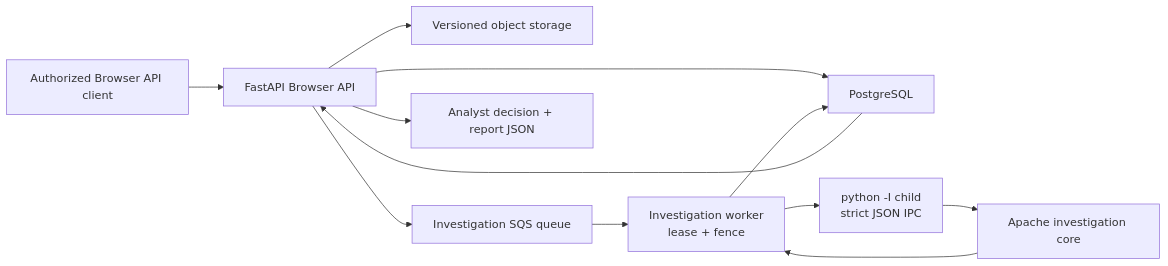
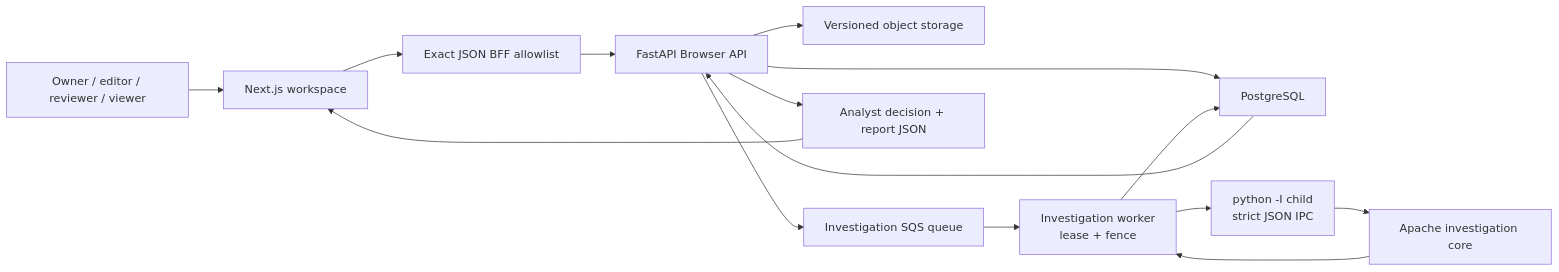
Before and after one commit to AndriiArtemenko3/instadescribe: the diagram in docs/investigation-architecture.md, drawn with Mermaid. The commit also changed other lines of this file and 47 other files, not shown here.

````diff
--- a/docs/investigation-architecture.md
+++ b/docs/investigation-architecture.md
@@ -18,14 +19,17 @@
 ```mermaid
 flowchart LR
-    CLIENT["Authorized Browser API client"] --> API["FastAPI Browser API"]
+    ANALYST["Owner / editor / reviewer / viewer"] --> NEXT["Next.js workspace"]
+    NEXT --> BFF["Exact JSON BFF allowlist"]
+    BFF --> API["FastAPI Browser API"]
     API --> PG["PostgreSQL"]
     API --> S3["Versioned object storage"]
     API --> IQ["Investigation SQS queue"]
     IQ --> WORKER["Investigation worker\nlease + fence"]
     WORKER --> CHILD["python -I child\nstrict JSON IPC"]
     CHILD --> CORE["Apache investigation core"]
     CORE --> WORKER
     WORKER --> PG
     PG --> API
     API --> REPORT["Analyst decision + report JSON"]
+    REPORT --> NEXT
 ```
````
